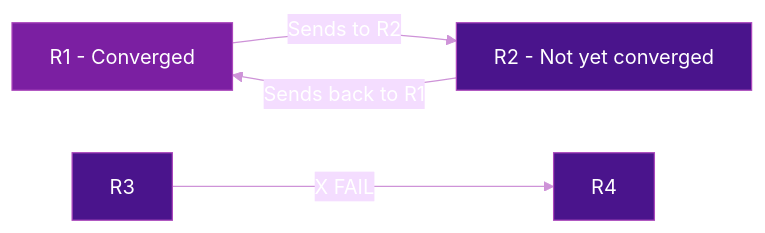
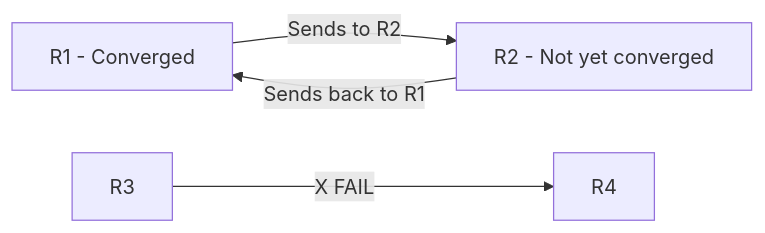
One commit to eldaninavas/srv6.md changed the first of 2 diagrams in docs/topics/micro-loop-avoidance.md. Above: the diagram before and after it, drawn with Mermaid. The commit also changed other lines of this file and 29 other files, not shown here.

First line of the commit message:
fix(mermaid): apply theme-aware colors site-wide

````diff
--- a/docs/topics/micro-loop-avoidance.md
+++ b/docs/topics/micro-loop-avoidance.md
@@ -22,12 +22,6 @@
 ```mermaid
-%%{init: {"theme": "base", "themeVariables": {"primaryTextColor": "#fff", "lineColor": "#ce93d8", "textColor": "#fff"}}}%%
 graph LR
     A[R1 - Converged] -->|Sends to R2| B[R2 - Not yet converged]
     B -->|Sends back to R1| A
     C[R3] -->|X FAIL| D[R4]
-
-    style A fill:#7b1fa2,color:#fff,stroke:#ab47bc
-    style B fill:#4a148c,color:#fff,stroke:#ab47bc
-    style C fill:#4a148c,color:#fff,stroke:#ab47bc
-    style D fill:#4a148c,color:#fff,stroke:#ab47bc
 ```
````
